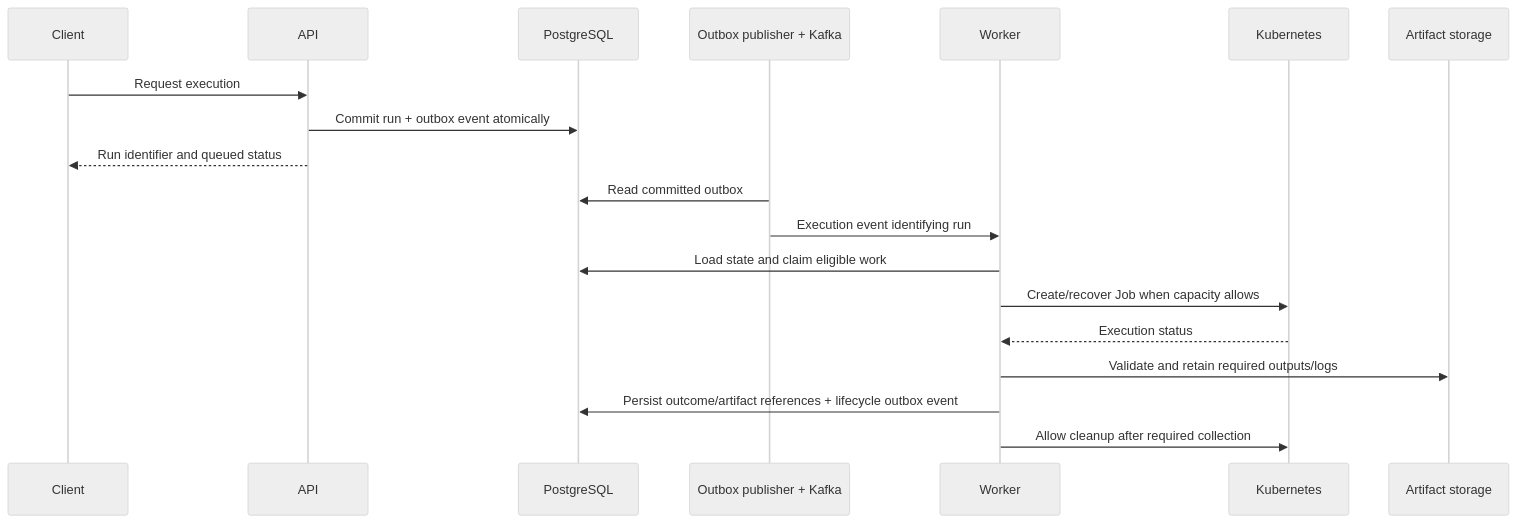
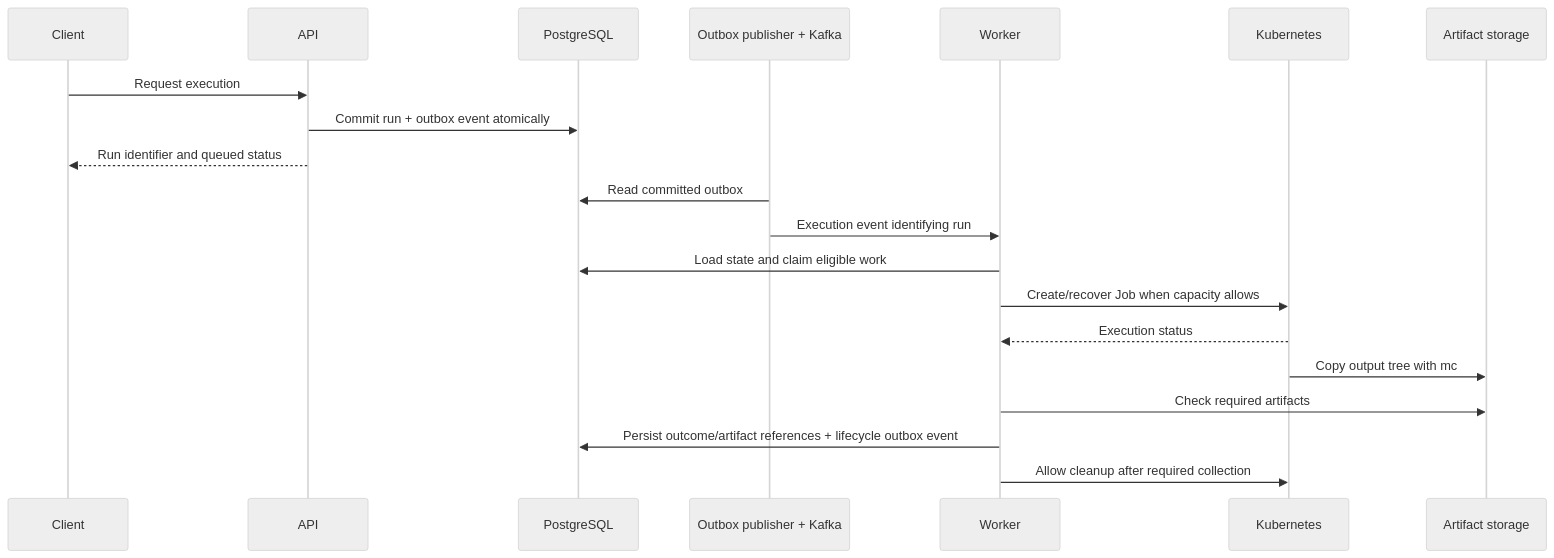
Before and after one commit to TRANSIENCE-MIC3/MIC3-API: the second of 2 diagrams in docs/architecture/prd.md, drawn with Mermaid (neutral theme). The commit also changed other lines of this file and 2 other files, not shown here.

````diff
--- a/docs/architecture/prd.md
+++ b/docs/architecture/prd.md
@@ -104,21 +102,22 @@
 ```mermaid
 sequenceDiagram
     participant Client
     participant API
     participant DB as PostgreSQL
     participant Events as Outbox publisher + Kafka
     participant Worker
     participant Jobs as Kubernetes
     participant Storage as Artifact storage
     Client->>API: Request execution
     API->>DB: Commit run + outbox event atomically
     API-->>Client: Run identifier and queued status
     Events->>DB: Read committed outbox
     Events->>Worker: Execution event identifying run
     Worker->>DB: Load state and claim eligible work
     Worker->>Jobs: Create/recover Job when capacity allows
     Jobs-->>Worker: Execution status
-    Worker->>Storage: Validate and retain required outputs/logs
+    Jobs->>Storage: Copy output tree with mc
+    Worker->>Storage: Check required artifacts
     Worker->>DB: Persist outcome/artifact references + lifecycle outbox event
     Worker->>Jobs: Allow cleanup after required collection
 ```
````
